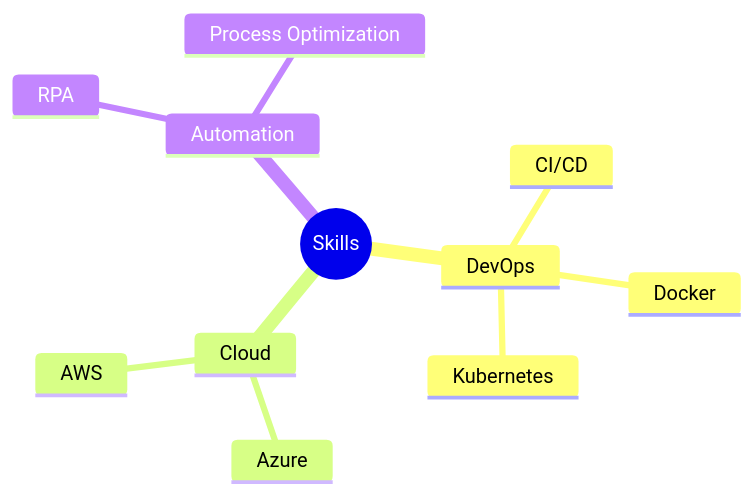
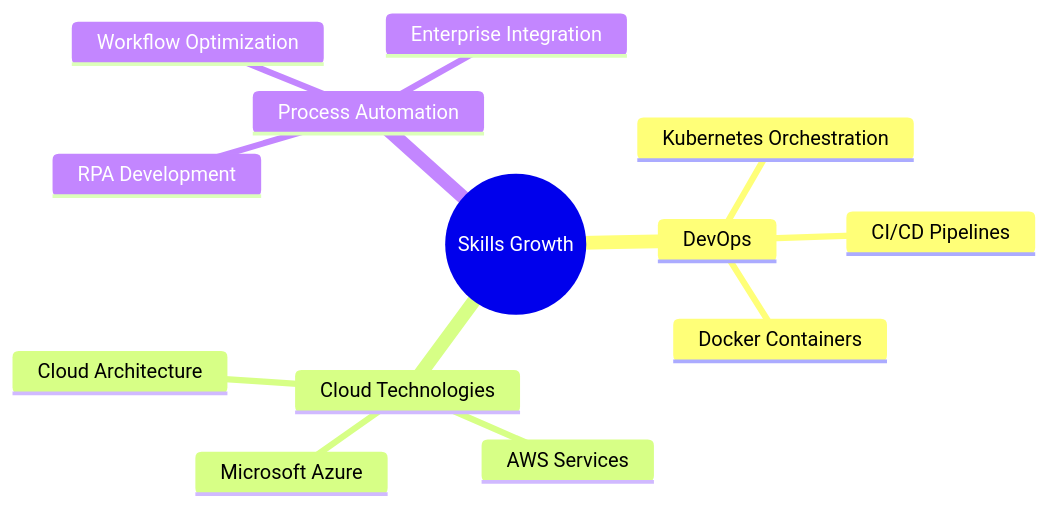
One commit to amrani350/amrani350 changed the diagram in README.md. Above: the diagram before and after it, drawn with Mermaid. The commit also changed other lines of this file, not shown here.

````diff
--- a/README.md
+++ b/README.md
@@ -111,14 +173,16 @@
   ```mermaid
   mindmap
-    root((Skills))
+    root((Skills Growth))
       DevOps
-        CI/CD
-        Docker
-        Kubernetes
-      Cloud
-        Azure
-        AWS
-      Automation
-        RPA
-        Process Optimization
+        CI/CD Pipelines
+        Docker Containers
+        Kubernetes Orchestration
+      Cloud Technologies
+        Microsoft Azure
+        AWS Services
+        Cloud Architecture
+      Process Automation
+        RPA Development
+        Workflow Optimization
+        Enterprise Integration
   ```
````
